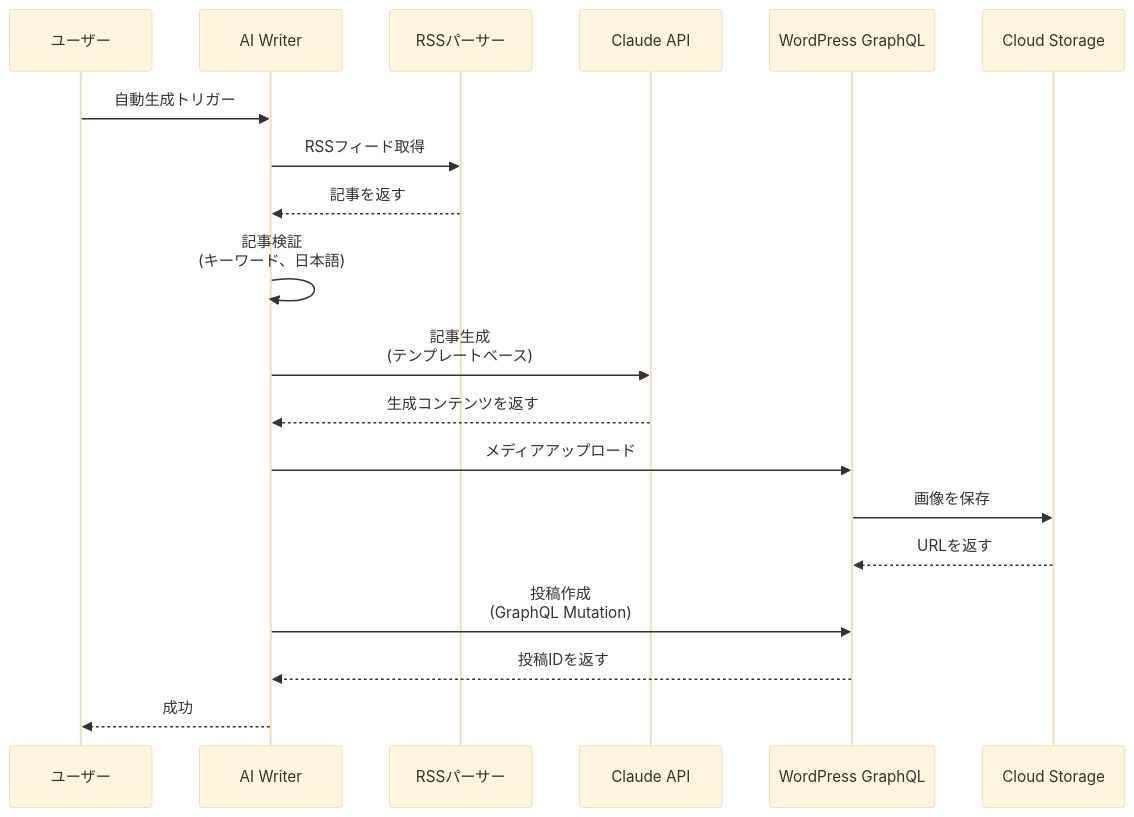
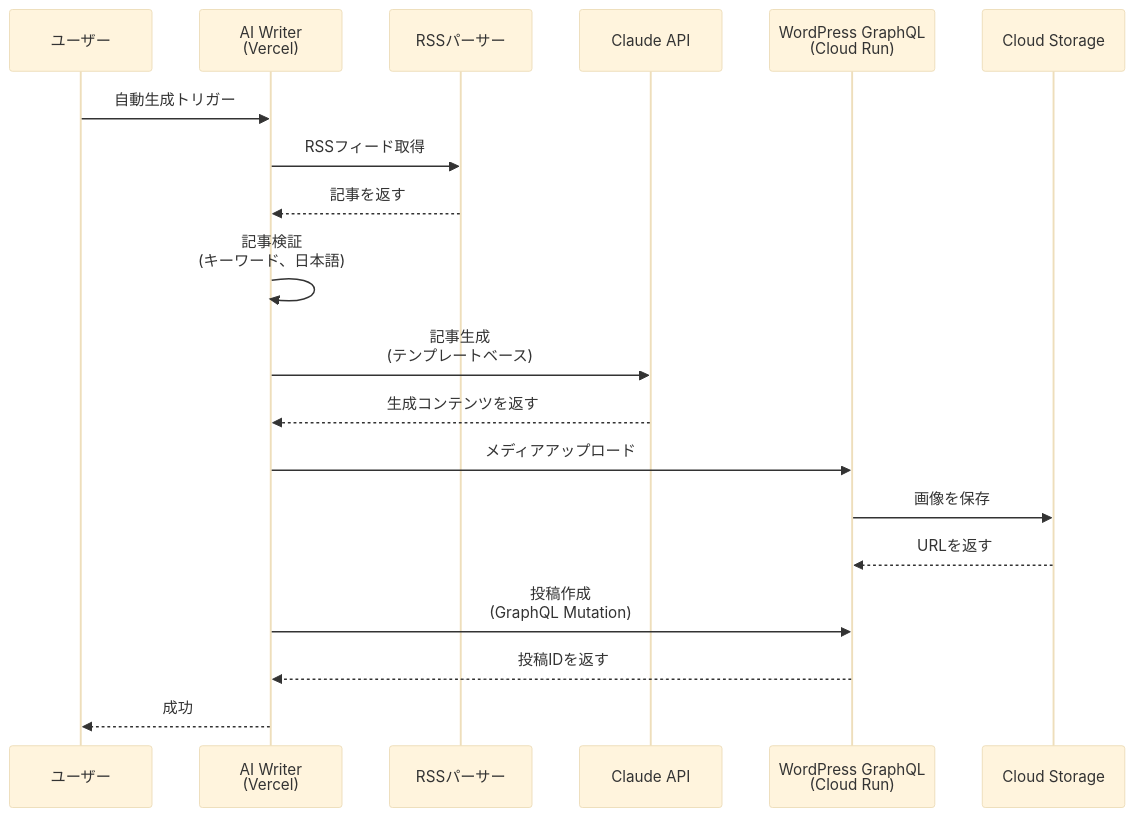
The second of 2 diagrams in README.md (thanks2music/revolution), drawn with Mermaid (base theme) before and after one commit. The commit also changed other lines of this file and 1 other file, not shown here.

````diff
--- a/README.md
+++ b/README.md
@@ -87,22 +157,22 @@
 ```mermaid
 sequenceDiagram
     participant User as ユーザー
-    participant AIWriter as AI Writer
+    participant AIWriter as AI Writer<br/>(Vercel)
     participant RSS as RSSパーサー
     participant Claude as Claude API
-    participant WP as WordPress GraphQL
+    participant WP as WordPress GraphQL<br/>(Cloud Run)
     participant GCS as Cloud Storage
 
     User->>AIWriter: 自動生成トリガー
     AIWriter->>RSS: RSSフィード取得
     RSS-->>AIWriter: 記事を返す
     AIWriter->>AIWriter: 記事検証<br/>(キーワード、日本語)
     AIWriter->>Claude: 記事生成<br/>(テンプレートベース)
     Claude-->>AIWriter: 生成コンテンツを返す
     AIWriter->>WP: メディアアップロード
     WP->>GCS: 画像を保存
     GCS-->>WP: URLを返す
     AIWriter->>WP: 投稿作成<br/>(GraphQL Mutation)
     WP-->>AIWriter: 投稿IDを返す
     AIWriter-->>User: 成功
 ```
````
